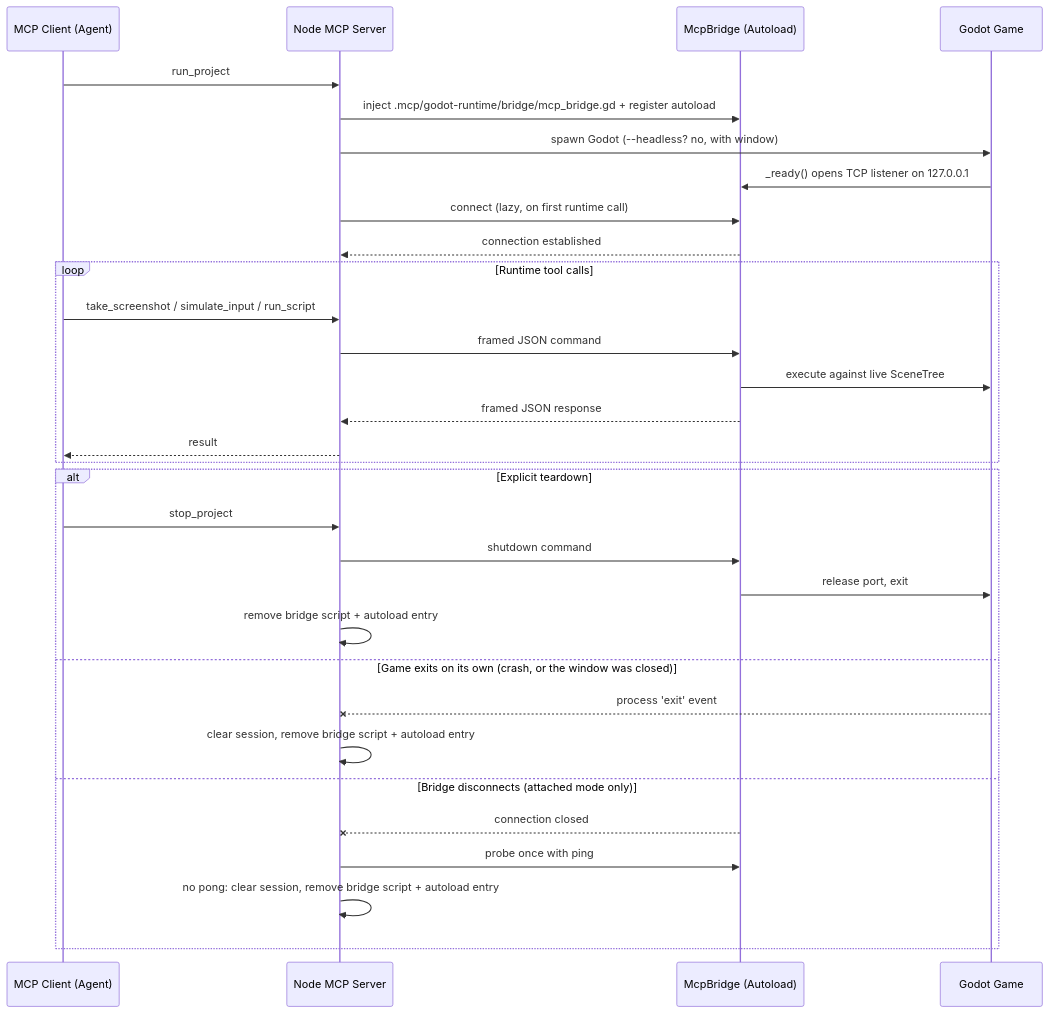
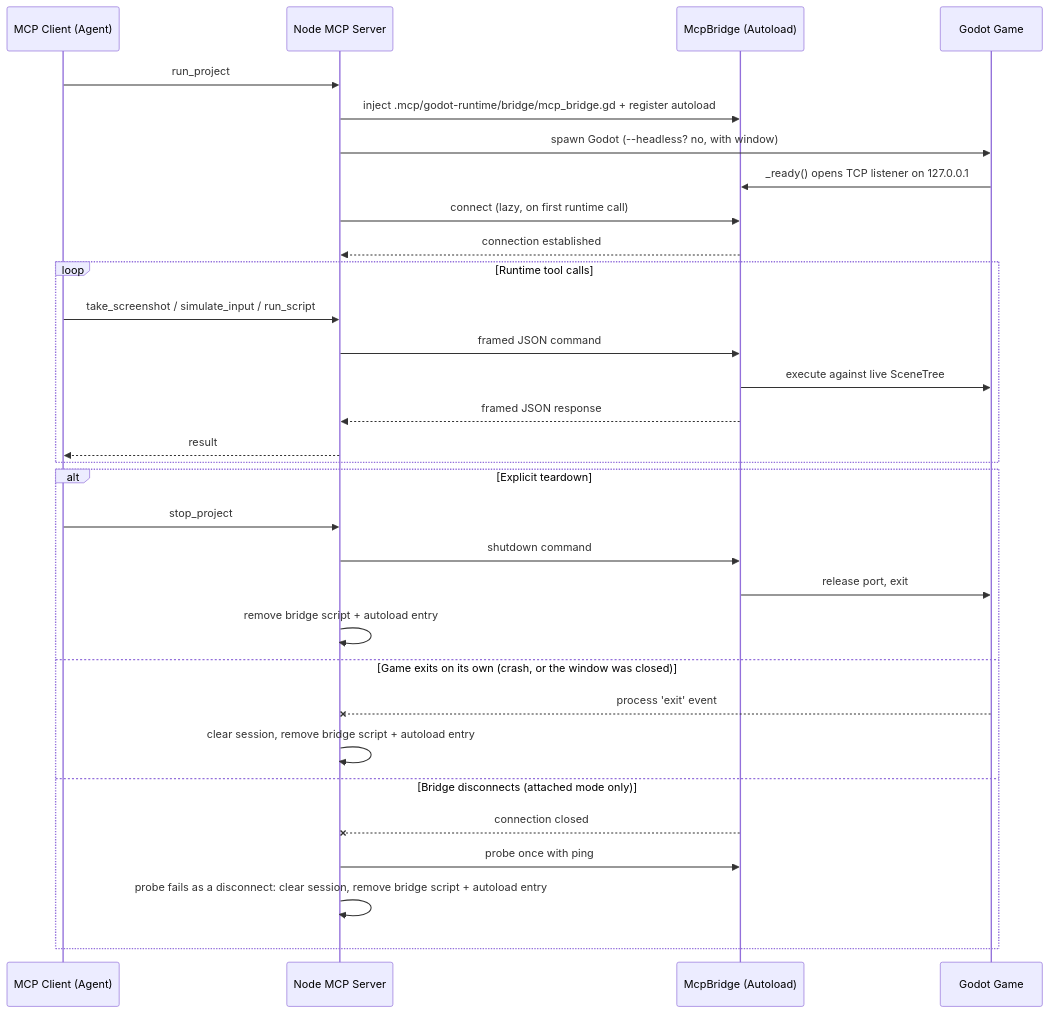
The diagram in docs/architecture.md (Erodenn/godot-mcp-runtime), drawn with Mermaid before and after one commit. The commit also changed other lines of this file and 289 other files, not shown here.

````diff
--- a/docs/architecture.md
+++ b/docs/architecture.md
@@ -67,36 +110,36 @@
 ```mermaid
 sequenceDiagram
     participant Agent as MCP Client (Agent)
     participant Node as Node MCP Server
     participant Bridge as McpBridge (Autoload)
     participant Game as Godot Game
 
     Agent->>Node: run_project
     Node->>Bridge: inject .mcp/godot-runtime/bridge/mcp_bridge.gd + register autoload
     Node->>Game: spawn Godot (--headless? no, with window)
     Game->>Bridge: _ready() opens TCP listener on 127.0.0.1
     Node->>Bridge: connect (lazy, on first runtime call)
     Bridge-->>Node: connection established
 
     loop Runtime tool calls
         Agent->>Node: take_screenshot / simulate_input / run_script
         Node->>Bridge: framed JSON command
         Bridge->>Game: execute against live SceneTree
         Bridge-->>Node: framed JSON response
         Node-->>Agent: result
     end
 
     alt Explicit teardown
         Agent->>Node: stop_project
         Node->>Bridge: shutdown command
         Bridge->>Game: release port, exit
         Node->>Node: remove bridge script + autoload entry
     else Game exits on its own (crash, or the window was closed)
         Game--xNode: process 'exit' event
         Node->>Node: clear session, remove bridge script + autoload entry
     else Bridge disconnects (attached mode only)
         Bridge--xNode: connection closed
         Node->>Bridge: probe once with ping
-        Node->>Node: no pong: clear session, remove bridge script + autoload entry
+        Node->>Node: probe fails as a disconnect: clear session, remove bridge script + autoload entry
     end
 ```
````
